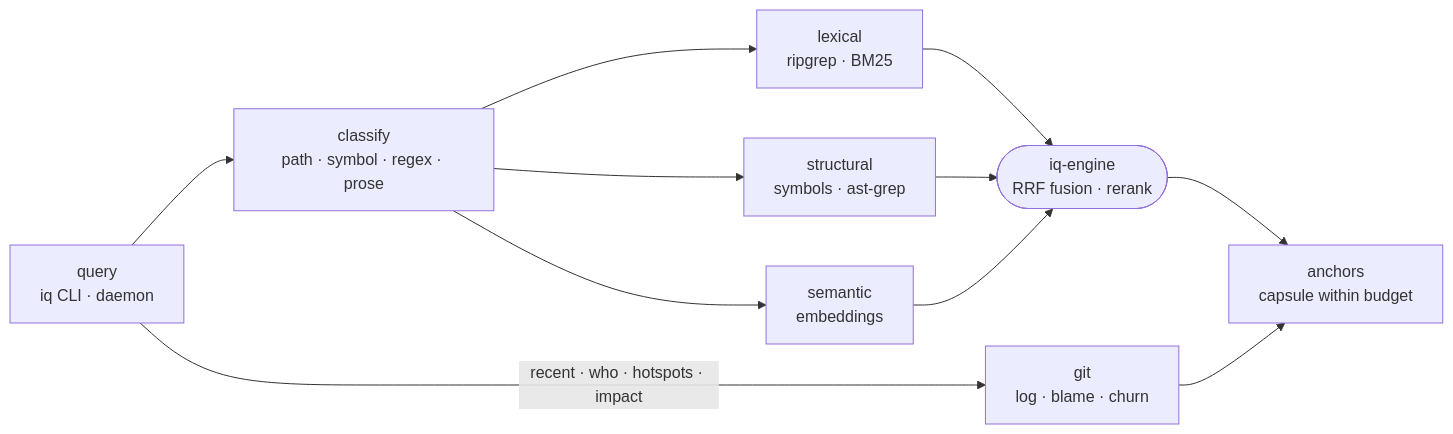
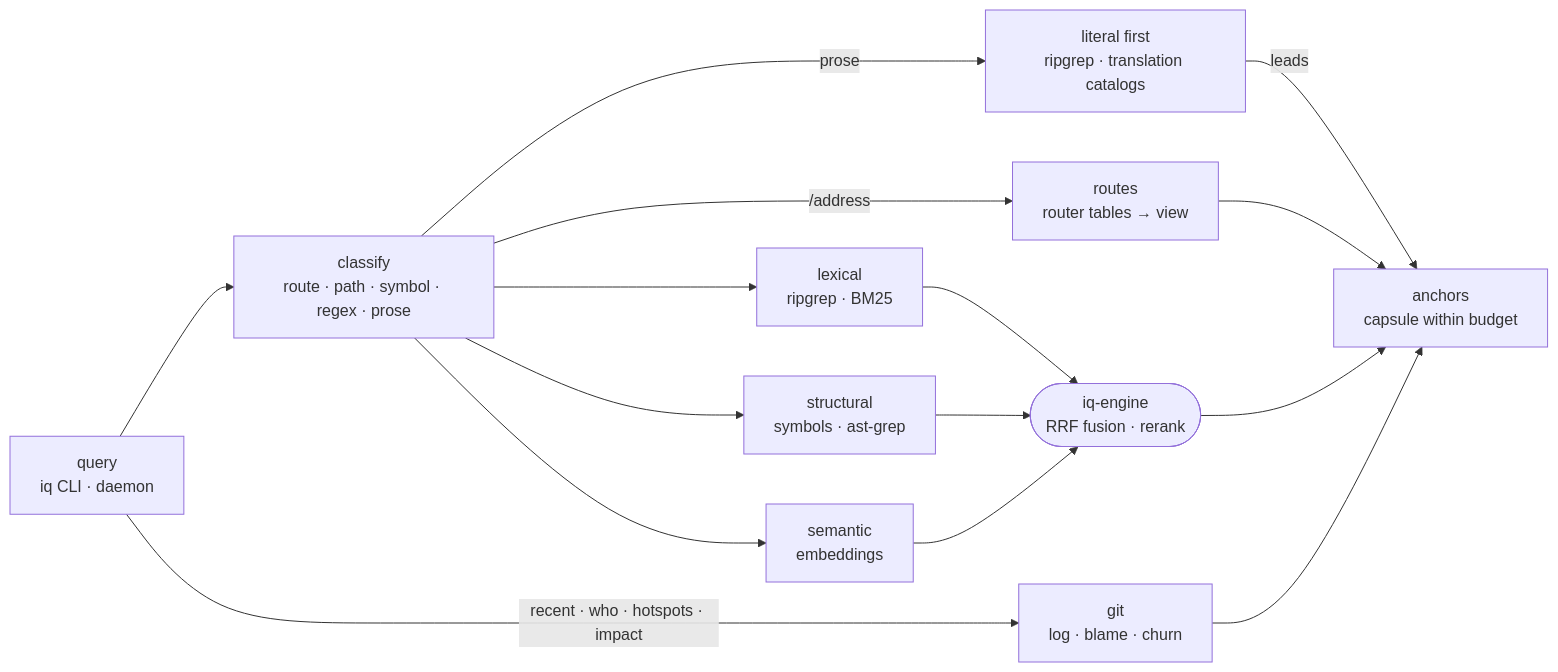
Before and after one commit to intentic/intentic: the diagram in _search/iq-engine/README.md, drawn with Mermaid. The commit also changed other lines of this file and 77 other files, not shown here.

````diff
--- a/_search/iq-engine/README.md
+++ b/_search/iq-engine/README.md
@@ -5,13 +5,17 @@
 ```mermaid
 flowchart LR
-    query["query<br/>iq CLI · daemon"] --> classify["classify<br/>path · symbol · regex · prose"]
+    query["query<br/>iq CLI · daemon"] --> classify["classify<br/>route · path · symbol · regex · prose"]
+    classify -- "/address" --> routes["routes<br/>router tables → view"]
+    classify -- "prose" --> literal["literal first<br/>ripgrep · translation catalogs"]
     classify --> lexical["lexical<br/>ripgrep · BM25"]
     classify --> structural["structural<br/>symbols · ast-grep"]
     classify --> semantic["semantic<br/>embeddings"]
     lexical --> fuse(["iq-engine<br/>RRF fusion · rerank"])
     structural --> fuse
     semantic --> fuse
     query -- "recent · who · hotspots · impact" --> git["git<br/>log · blame · churn"]
-    fuse --> anchors["anchors<br/>capsule within budget"]
+    literal -- "leads" --> anchors["anchors<br/>capsule within budget"]
+    routes --> anchors
+    fuse --> anchors
     git --> anchors
 ```
````
